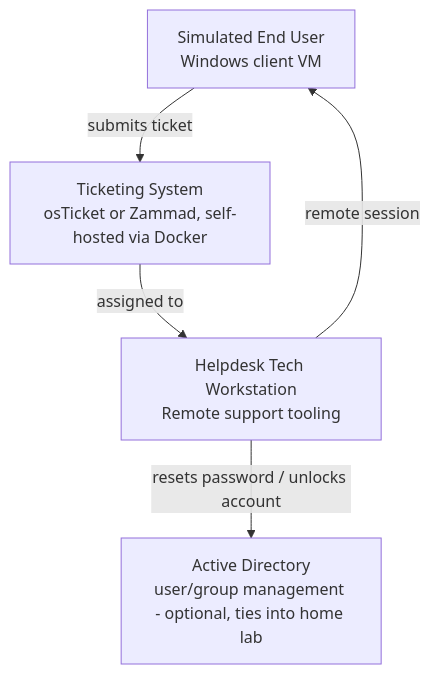
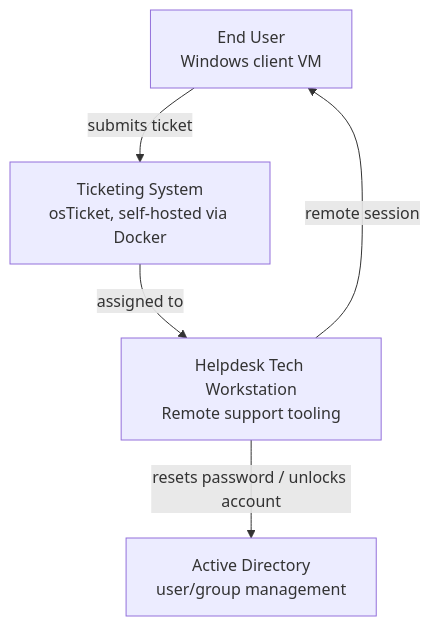
Before and after one commit to owenncampbell/helpdesk-lab: the diagram in README.md, drawn with Mermaid. The commit also changed other lines of this file and 1 other file, not shown here.

````diff
--- a/README.md
+++ b/README.md
@@ -9,12 +18,12 @@
 ```mermaid
 flowchart TB
-    USER[Simulated End User<br/>Windows client VM]
-    TICKET[Ticketing System<br/>osTicket or Zammad, self-hosted via Docker]
+    USER[End User<br/>Windows client VM]
+    TICKET[Ticketing System<br/>osTicket, self-hosted via Docker]
     TECH[Helpdesk Tech Workstation<br/>Remote support tooling]
-    AD[Active Directory<br/>user/group management - optional, ties into home lab]
+    AD[Active Directory<br/>user/group management]
 
     USER -- submits ticket --> TICKET
     TICKET -- assigned to --> TECH
     TECH -- remote session --> USER
     TECH -- resets password / unlocks account --> AD
 ```
````
